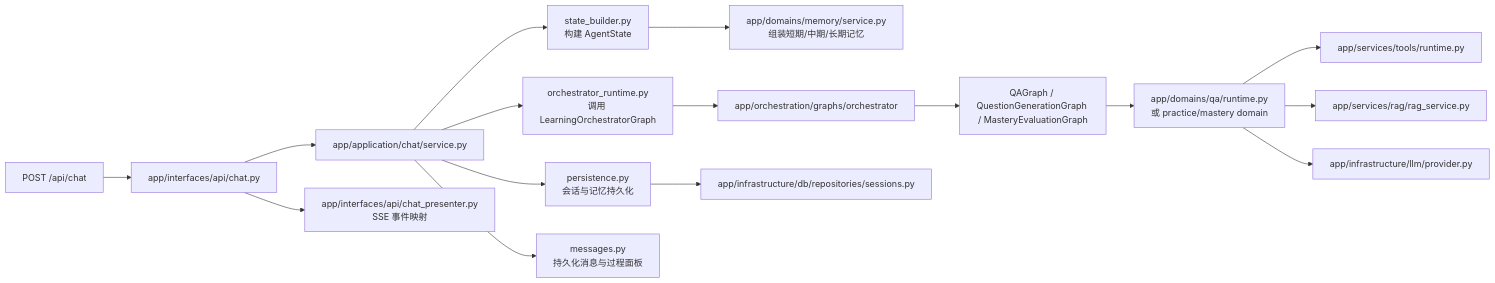
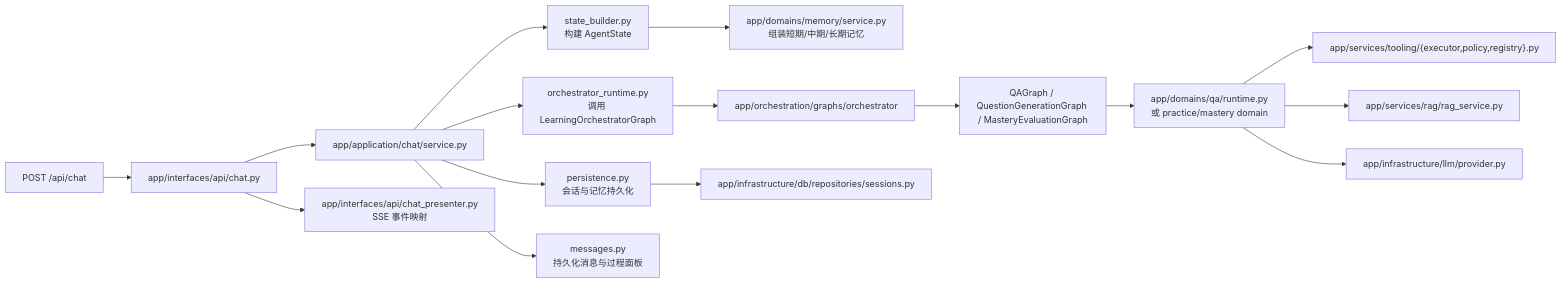
One commit to Xiaomuw/Learning-assistant changed the diagram in docs/backend-map.md. Above: the diagram before and after it, drawn with Mermaid. The commit also changed other lines of this file and 94 other files, not shown here.

Commit message:
feat: sync graph practice auth and weapp updates

````diff
--- a/docs/backend-map.md
+++ b/docs/backend-map.md
@@ -63,18 +64,18 @@
 ```mermaid
 flowchart LR
     A["POST /api/chat"] --> B["app/interfaces/api/chat.py"]
     B --> C["app/application/chat/service.py"]
     B --> P["app/interfaces/api/chat_presenter.py<br/>SSE 事件映射"]
     C --> C1["state_builder.py<br/>构建 AgentState"]
     C --> C2["orchestrator_runtime.py<br/>调用 LearningOrchestratorGraph"]
     C --> C3["persistence.py<br/>会话与记忆持久化"]
     C --> C4["messages.py<br/>持久化消息与过程面板"]
     C1 --> D["app/domains/memory/service.py<br/>组装短期/中期/长期记忆"]
     C2 --> E["app/orchestration/graphs/orchestrator"]
     E --> F["QAGraph / QuestionGenerationGraph / MasteryEvaluationGraph"]
     F --> K["app/domains/qa/runtime.py<br/>或 practice/mastery domain"]
-    K --> L["app/services/tools/runtime.py"]
+    K --> L["app/services/tooling/{executor,policy,registry}.py"]
     K --> M["app/services/rag/rag_service.py"]
     K --> N["app/infrastructure/llm/provider.py"]
     C3 --> O["app/infrastructure/db/repositories/sessions.py"]
 ```
````
